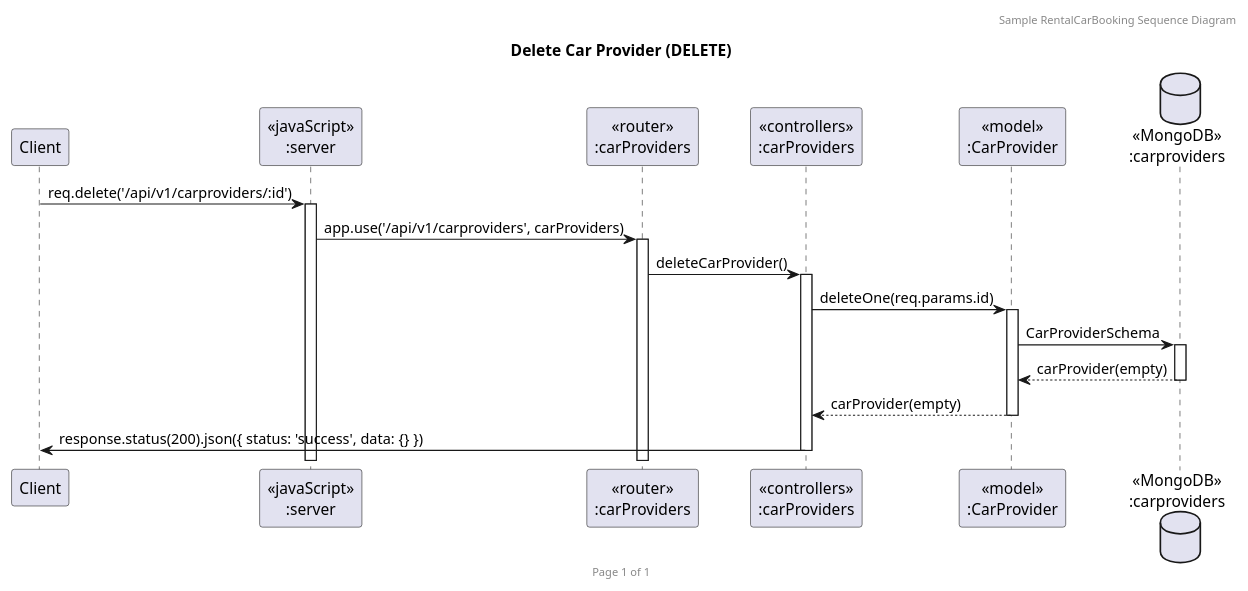
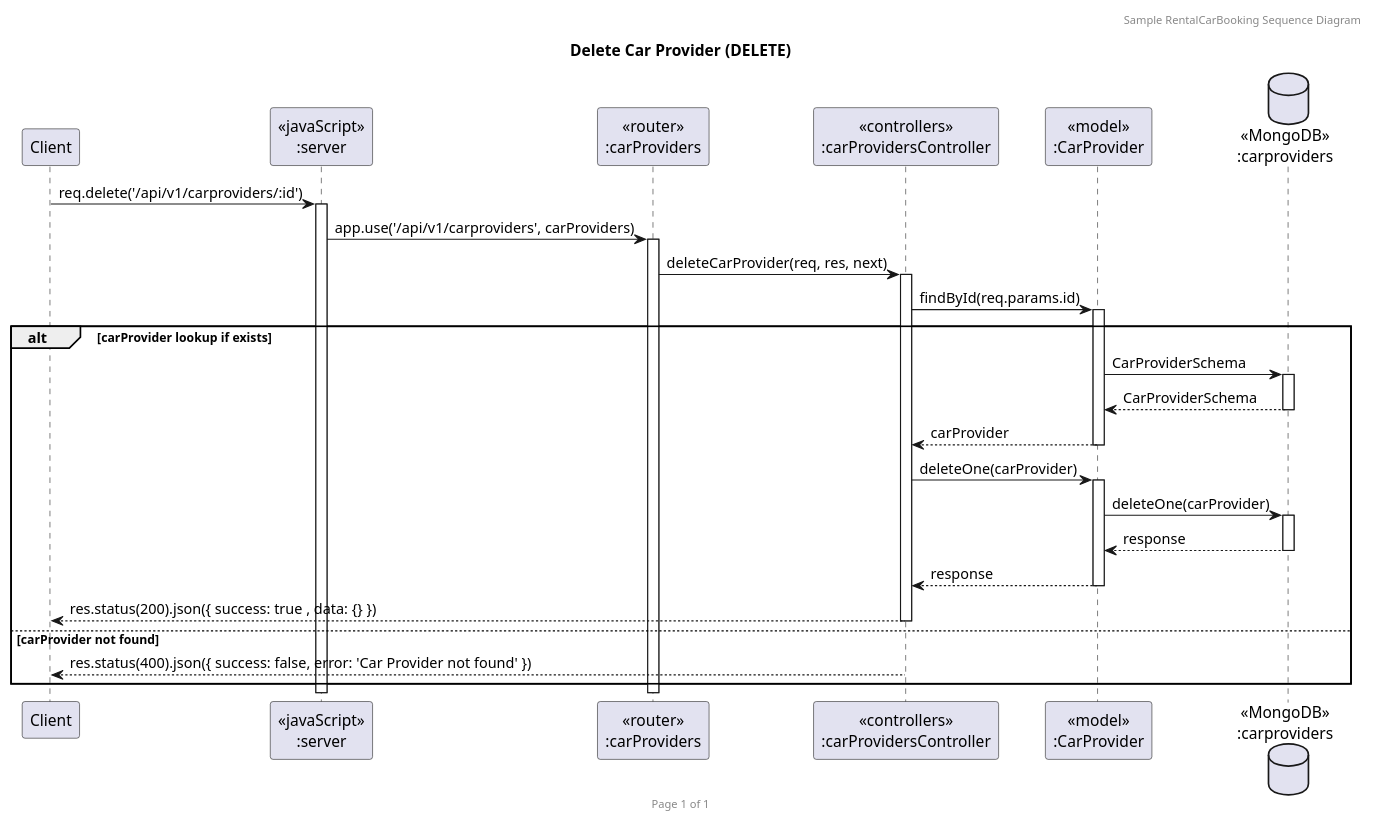
The diagram in UML/SequenceDiagram/CarProvider/deleteCarProvider.puml (2110503TACEDT66/presentation-day-1-yenkor), drawn with PlantUML before and after one commit. The commit also changed 4 other files, not shown here.

Commit message:
Modify car provider sequence diagram

```diff
--- a/UML/SequenceDiagram/CarProvider/deleteCarProvider.puml
+++ b/UML/SequenceDiagram/CarProvider/deleteCarProvider.puml
@@ -1,23 +1,34 @@
 @startuml Delete Car Provider (DELETE)
 
 header Sample RentalCarBooking Sequence Diagram
 footer Page %page% of %lastpage%
 title "Delete Car Provider (DELETE)"
 
 participant "Client" as client
 participant "<<javaScript>>\n:server" as server
 participant "<<router>>\n:carProviders" as routerCarProvider
-participant "<<controllers>>\n:carProviders" as controllersCarProvider
+participant "<<controllers>>\n:carProvidersController" as controllersCarProvider
 participant "<<model>>\n:CarProvider" as modelCarProvider
 database "<<MongoDB>>\n:carproviders" as CarProviderDatabase
 
+
 client->server ++:req.delete('/api/v1/carproviders/:id')
 server->routerCarProvider ++:app.use('/api/v1/carproviders', carProviders)
-routerCarProvider -> controllersCarProvider ++: deleteCarProvider()
-controllersCarProvider->modelCarProvider ++: deleteOne(req.params.id)
-modelCarProvider ->CarProviderDatabase ++: CarProviderSchema
-CarProviderDatabase --> modelCarProvider --: carProvider(empty)
-controllersCarProvider <-- modelCarProvider --: carProvider(empty)
-controllersCarProvider->client --: response.status(200).json({ status: 'success', data: {} })
+routerCarProvider -> controllersCarProvider ++: deleteCarProvider(req, res, next)
+
+    controllersCarProvider->modelCarProvider ++: findById(req.params.id)
+alt carProvider lookup if exists
+    modelCarProvider ->CarProviderDatabase ++: CarProviderSchema
+    CarProviderDatabase --> modelCarProvider--: CarProviderSchema
+    modelCarProvider --> controllersCarProvider--: carProvider
+    controllersCarProvider -> modelCarProvider ++: deleteOne(carProvider)
+    modelCarProvider -> CarProviderDatabase ++ : deleteOne(carProvider)
+    CarProviderDatabase --> modelCarProvider -- : response
+    modelCarProvider --> controllersCarProvider --: response
+    controllersCarProvider --> client--: res.status(200).json({ success: true , data: {} })
+else carProvider not found   
+    controllersCarProvider --> client--: res.status(400).json({ success: false, error: 'Car Provider not found' })
+end
+
 
 @enduml
```
